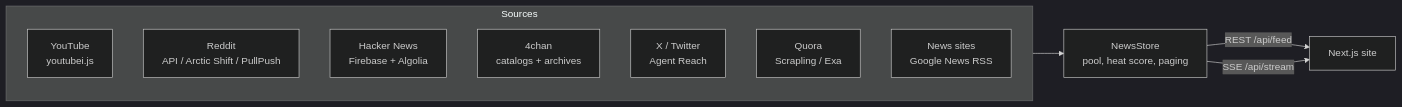
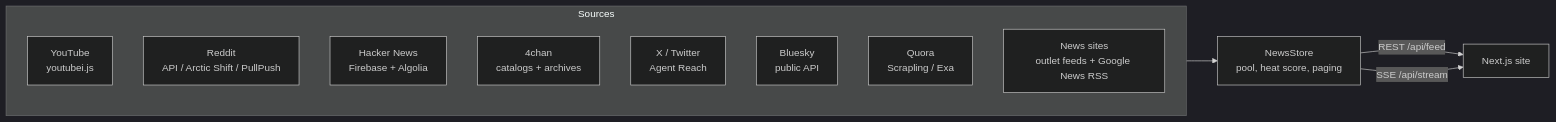
Before and after one commit to Anandadevnath/Active_News: the diagram in README.md, drawn with Mermaid (dark theme). The commit also changed other lines of this file and 133 other files, not shown here.

````diff
--- a/README.md
+++ b/README.md
@@ -89,15 +90,16 @@
 ```mermaid
 flowchart LR
   subgraph Sources
     YT[YouTube<br/>youtubei.js]
     RD[Reddit<br/>API / Arctic Shift / PullPush]
     HN[Hacker News<br/>Firebase + Algolia]
     FC[4chan<br/>catalogs + archives]
     TW[X / Twitter<br/>Agent Reach]
+    BS[Bluesky<br/>public API]
     QU[Quora<br/>Scrapling / Exa]
-    NW[News sites<br/>Google News RSS]
+    NW[News sites<br/>outlet feeds + Google News RSS]
   end
   Sources --> S[NewsStore<br/>pool, heat score, paging]
   S -- REST /api/feed --> W[Next.js site]
   S -- SSE /api/stream --> W
 ```
````
